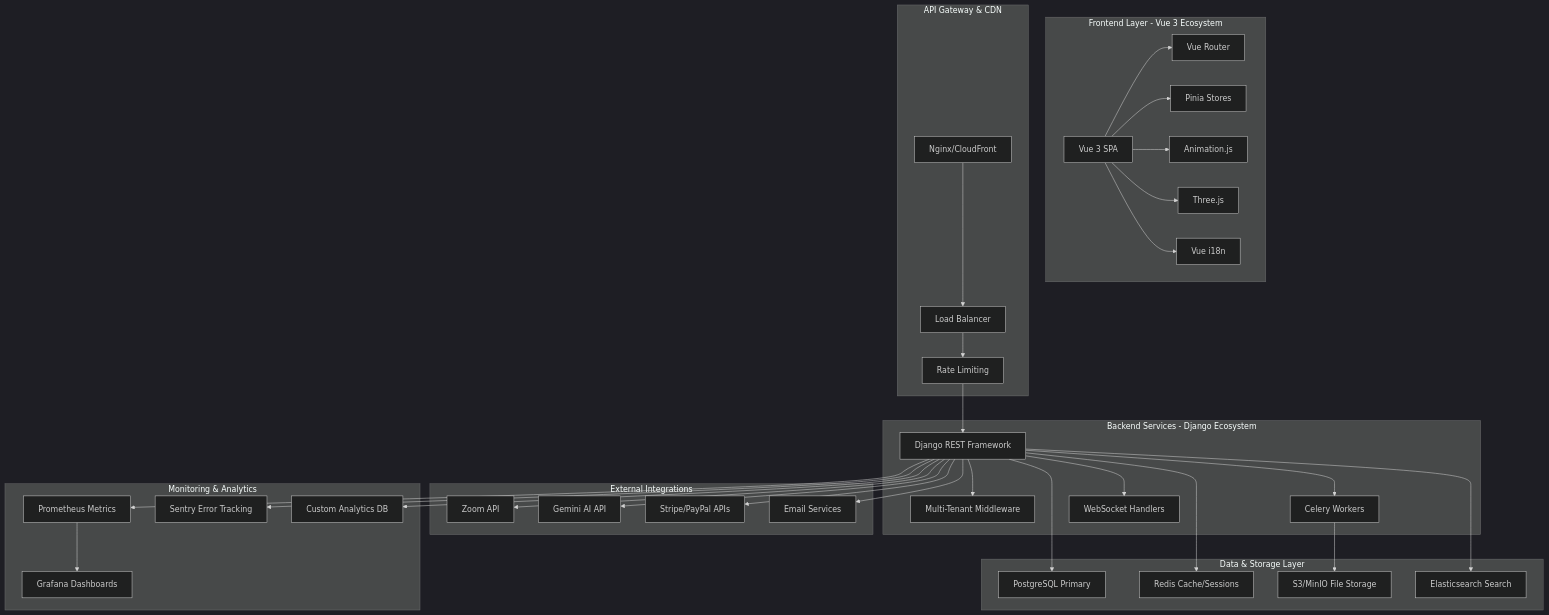
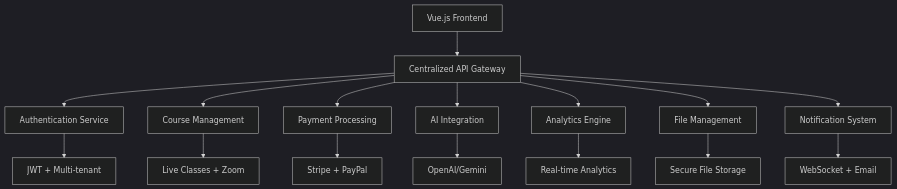
The diagram in .kiro/specs/edurise-platform-completion/design.md (Muzamilz/Edurise), drawn with Mermaid (dark theme) before and after one commit. The commit also changed other lines of this file and 248 other files, not shown here.

````diff
--- a/.kiro/specs/edurise-platform-completion/design.md
+++ b/.kiro/specs/edurise-platform-completion/design.md
@@ -34,56 +21,19 @@
 ```mermaid
 graph TB
-    subgraph "Frontend Layer - Vue 3 Ecosystem"
-        A[Vue 3 SPA] --> B[Vue Router]
-        A --> C[Pinia Stores]
-        A --> D[Animation.js]
-        A --> E[Three.js]
-        A --> F[Vue i18n]
-    end
+    A[Vue.js Frontend] --> B[Centralized API Gateway]
+    B --> C[Authentication Service]
+    B --> D[Course Management]
+    B --> E[Payment Processing]
+    B --> F[AI Integration]
+    B --> G[Analytics Engine]
+    B --> H[File Management]
+    B --> I[Notification System]
     
-    subgraph "API Gateway & CDN"
-        G[Nginx/CloudFront] --> H[Load Balancer]
-        H --> I[Rate Limiting]
-    end
-    
-    subgraph "Backend Services - Django Ecosystem"
-        I --> J[Django REST Framework]
-        J --> K[Multi-Tenant Middleware]
-        J --> L[Celery Workers]
-        J --> M[WebSocket Handlers]
-    end
-    
-    subgraph "External Integrations"
-        N[Zoom API]
-        O[Gemini AI API]
-        P[Stripe/PayPal APIs]
-        Q[Email Services]
-    end
-    
-    subgraph "Data & Storage Layer"
-        R[PostgreSQL Primary]
-        S[Redis Cache/Sessions]
-        T[S3/MinIO File Storage]
-        U[Elasticsearch Search]
-    end
-    
-    subgraph "Monitoring & Analytics"
-        V[Prometheus Metrics]
-        W[Grafana Dashboards]
-        X[Sentry Error Tracking]
-        Y[Custom Analytics DB]
-    end
-    
-    J --> N
-    J --> O
-    J --> P
-    J --> Q
-    J --> R
-    J --> S
-    L --> T
-    J --> U
-    J --> V
-    V --> W
-    J --> X
-    J --> Y
+    C --> J[JWT + Multi-tenant]
+    D --> K[Live Classes + Zoom]
+    E --> L[Stripe + PayPal]
+    F --> M[OpenAI/Gemini]
+    G --> N[Real-time Analytics]
+    H --> O[Secure File Storage]
+    I --> P[WebSocket + Email]
 ```
````
